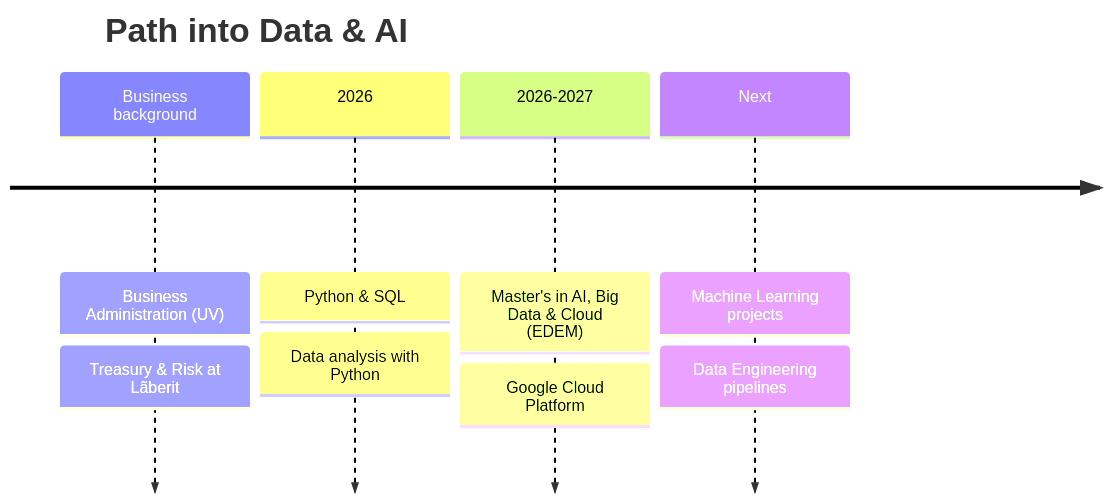
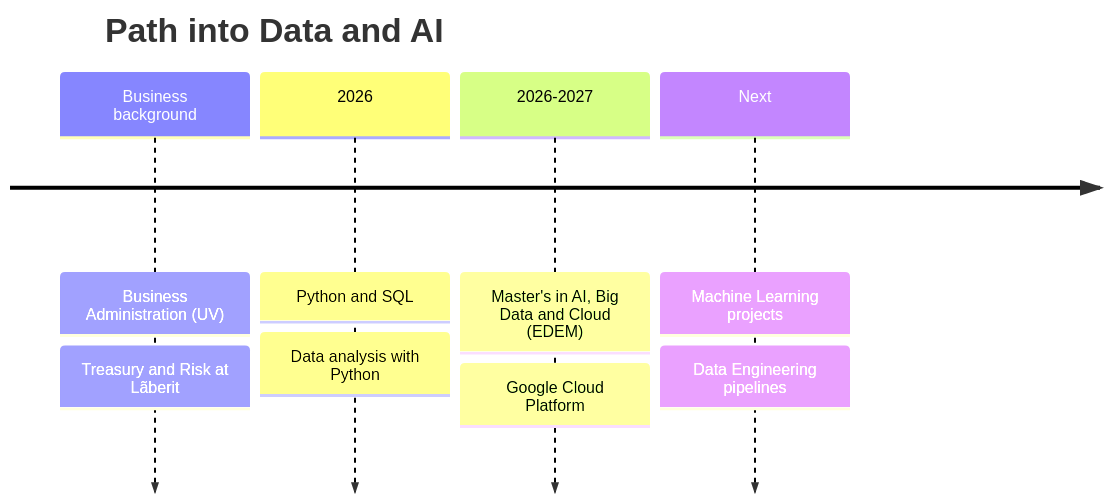
The diagram in README.md (carlosgarranzo/carlosgarranzo), drawn with Mermaid before and after one commit. The commit also changed other lines of this file, not shown here.

````diff
--- a/README.md
+++ b/README.md
@@ -107,12 +101,12 @@
 ```mermaid
 timeline
-    title Path into Data & AI
+    title Path into Data and AI
     Business background : Business Administration (UV)
-                        : Treasury & Risk at Lãberit
-    2026 : Python & SQL
+                        : Treasury and Risk at Lãberit
+    2026 : Python and SQL
          : Data analysis with Python
-    2026-2027 : Master's in AI, Big Data & Cloud (EDEM)
+    2026-2027 : Master's in AI, Big Data and Cloud (EDEM)
               : Google Cloud Platform
     Next : Machine Learning projects
          : Data Engineering pipelines
 ```
````
